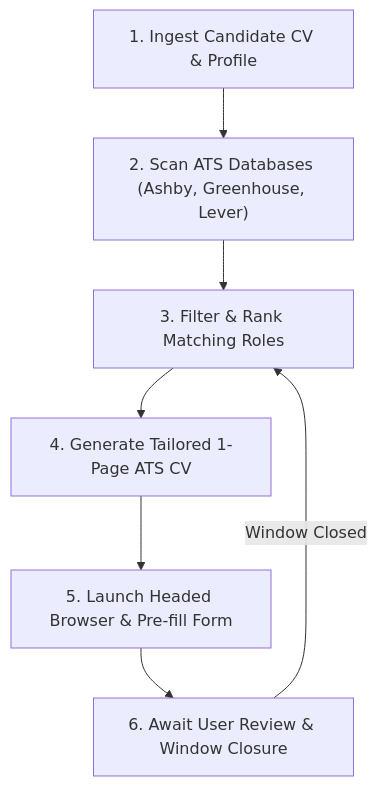
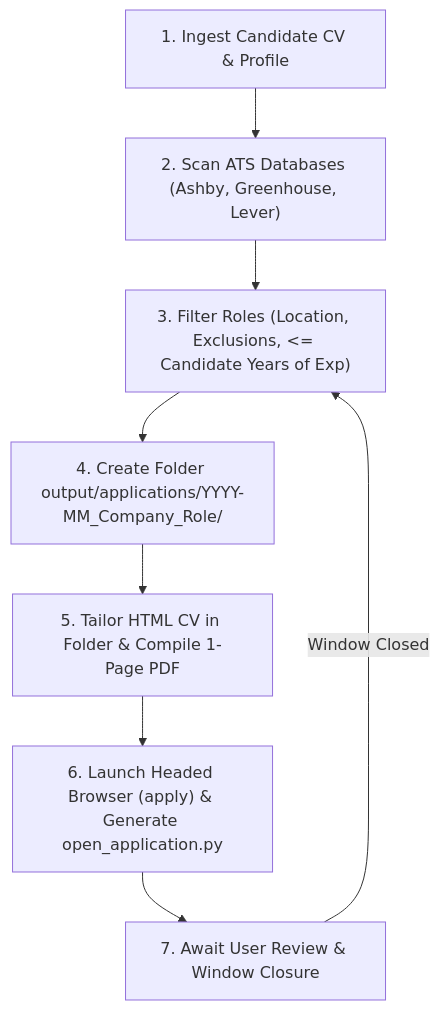
One commit to matiasoliveraqa/job-hunter changed the diagram in AGENT_INSTRUCTIONS.md. Above: the diagram before and after it, drawn with Mermaid. The commit also changed other lines of this file and 3 other files, not shown here.

````diff
--- a/AGENT_INSTRUCTIONS.md
+++ b/AGENT_INSTRUCTIONS.md
@@ -12,9 +12,10 @@
 ```mermaid
 flowchart TD
     A["1. Ingest Candidate CV & Profile"] --> B["2. Scan ATS Databases (Ashby, Greenhouse, Lever)"]
-    B --> C["3. Filter & Rank Matching Roles"]
-    C --> D["4. Generate Tailored 1-Page ATS CV"]
-    D --> E["5. Launch Headed Browser & Pre-fill Form"]
-    E --> F["6. Await User Review & Window Closure"]
-    F -->|Window Closed| C
+    B --> C["3. Filter Roles (Location, Exclusions, <= Candidate Years of Exp)"]
+    C --> D["4. Create Folder output/applications/YYYY-MM_Company_Role/"]
+    D --> E["5. Tailor HTML CV in Folder & Compile 1-Page PDF"]
+    E --> F["6. Launch Headed Browser (apply) & Generate open_application.py"]
+    F --> G["7. Await User Review & Window Closure"]
+    G -->|Window Closed| C
 ```
````
